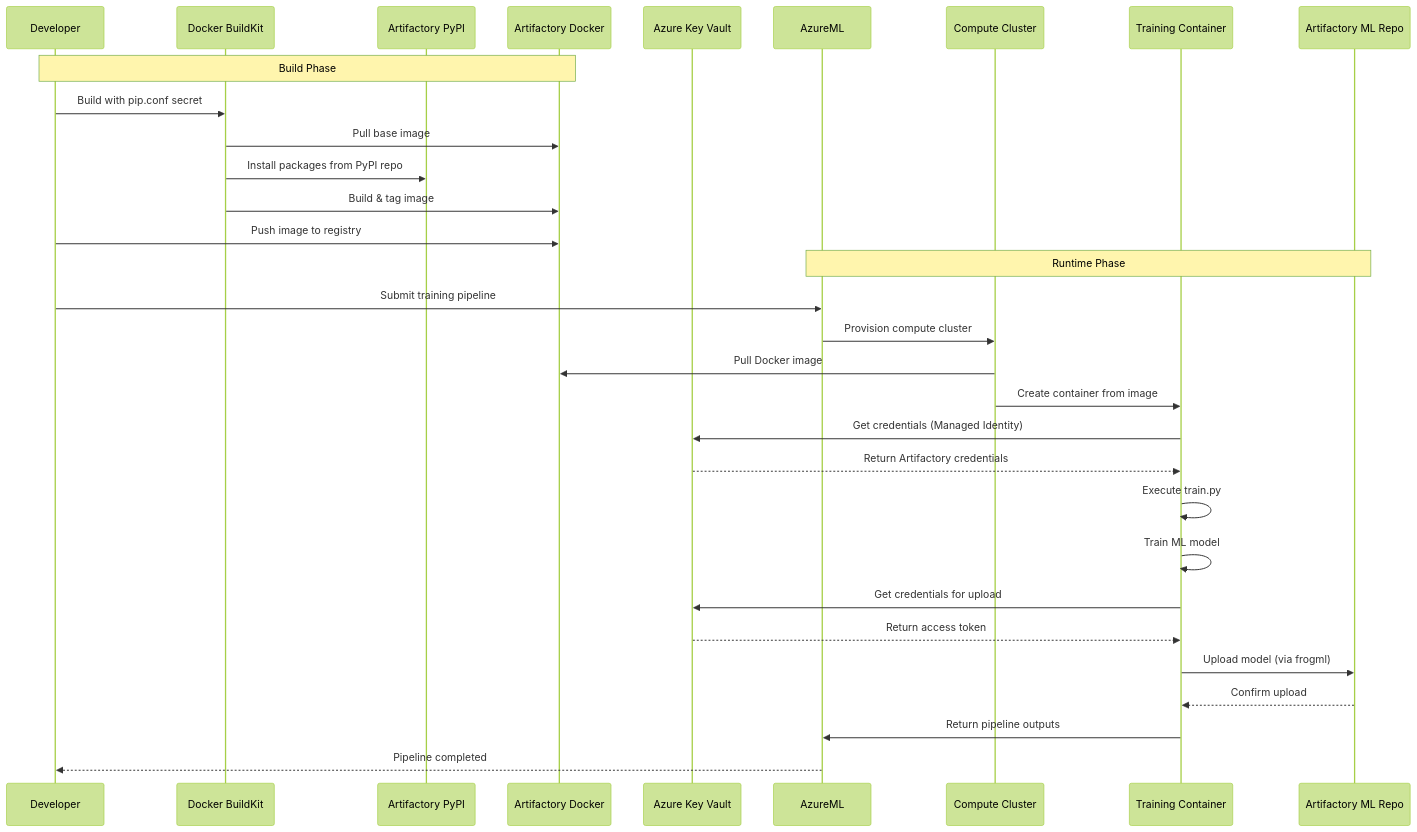
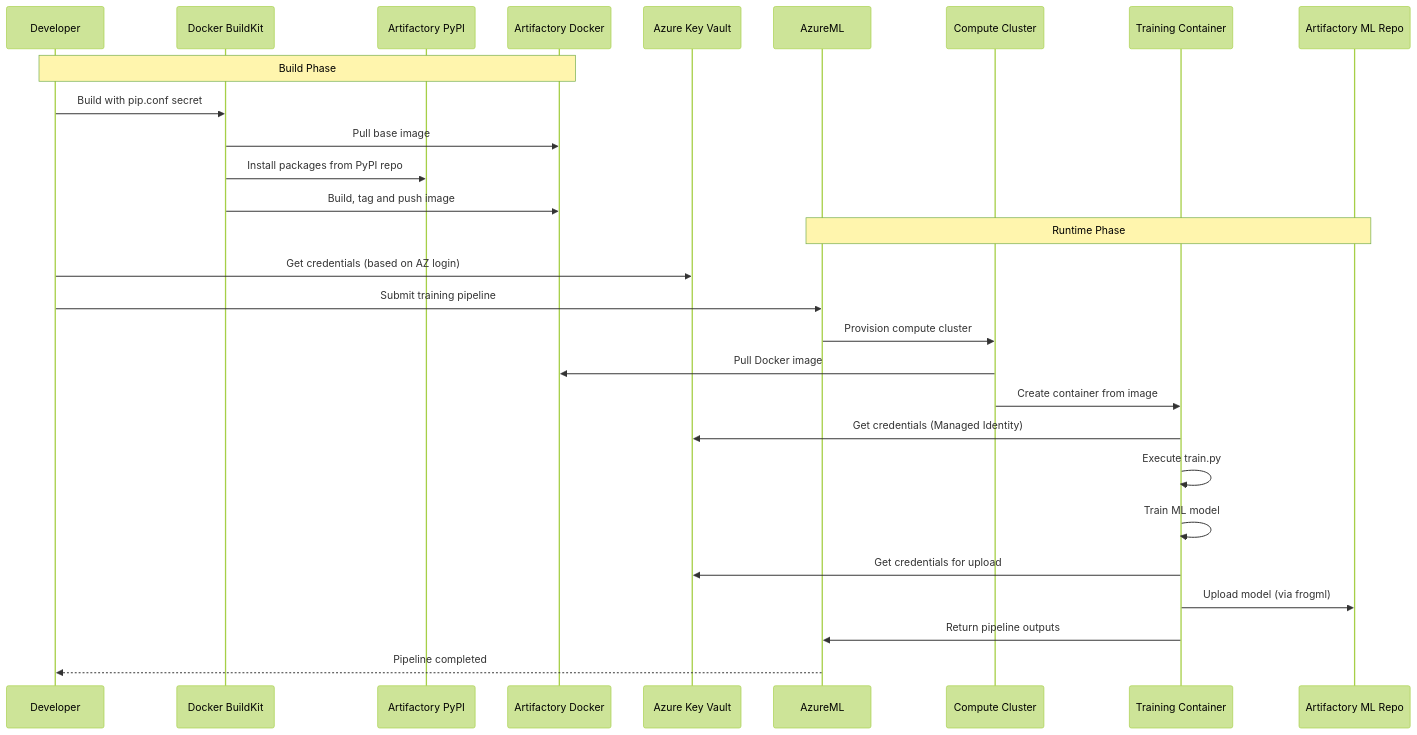
The third of 4 diagrams in README.md (jfrog/JFrog-AzureML-integration), drawn with Mermaid (forest theme) before and after one commit. The commit also changed other lines of this file and 15 other files, not shown here.

````diff
--- a/README.md
+++ b/README.md
@@ -136,35 +207,32 @@
 ```mermaid
 sequenceDiagram
     participant Dev as Developer
     participant Docker as Docker BuildKit
     participant ArtPyPI as Artifactory PyPI
     participant ArtDocker as Artifactory Docker
     participant KV as Azure Key Vault
     participant AML as AzureML
     participant Compute as Compute Cluster
     participant Container as Training Container
     participant ArtML as Artifactory ML Repo
 
     Note over Dev,ArtDocker: Build Phase
     Dev->>Docker: Build with pip.conf secret
     Docker->>ArtDocker: Pull base image
     Docker->>ArtPyPI: Install packages from PyPI repo
-    Docker->>ArtDocker: Build & tag image
-    Dev->>ArtDocker: Push image to registry
+    Docker->>ArtDocker: Build, tag and push image
 
     Note over AML,ArtML: Runtime Phase
+    Dev->>KV: Get credentials (based on AZ login)
     Dev->>AML: Submit training pipeline
     AML->>Compute: Provision compute cluster
     Compute->>ArtDocker: Pull Docker image
     Compute->>Container: Create container from image
     Container->>KV: Get credentials (Managed Identity)
-    KV-->>Container: Return Artifactory credentials
     Container->>Container: Execute train.py
     Container->>Container: Train ML model
     Container->>KV: Get credentials for upload
-    KV-->>Container: Return access token
     Container->>ArtML: Upload model (via frogml)
-    ArtML-->>Container: Confirm upload
     Container->>AML: Return pipeline outputs
     AML-->>Dev: Pipeline completed
 ```
````
